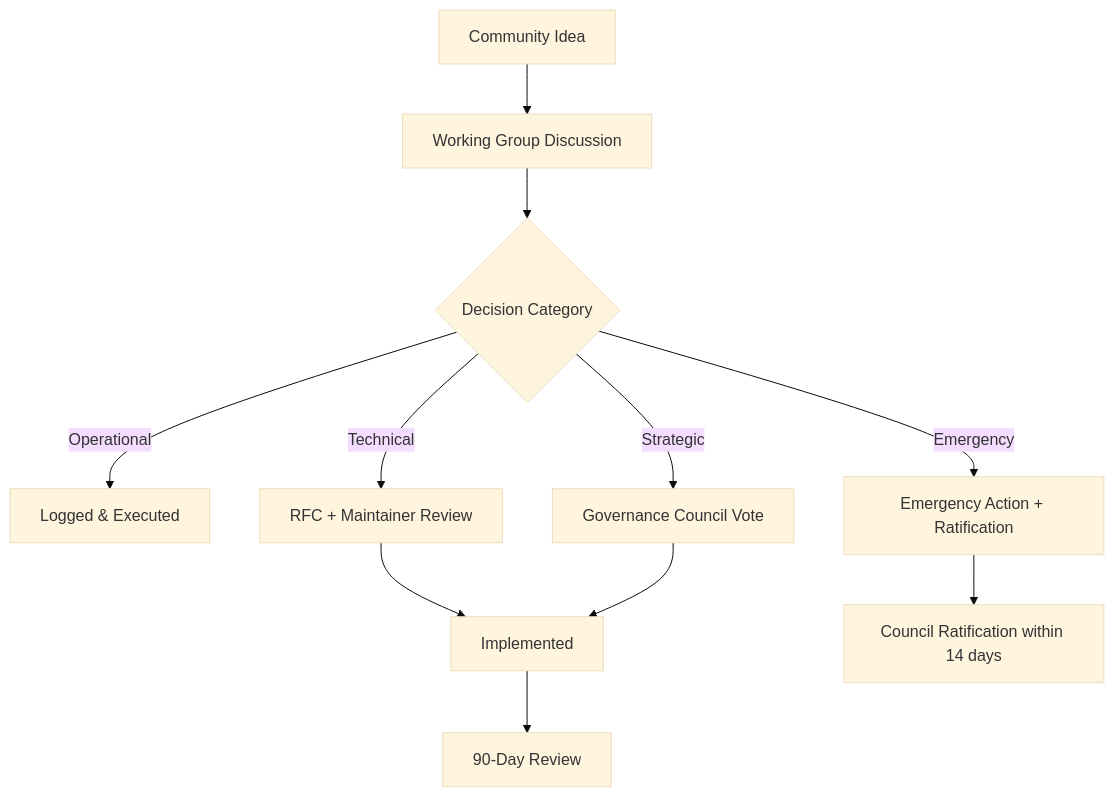
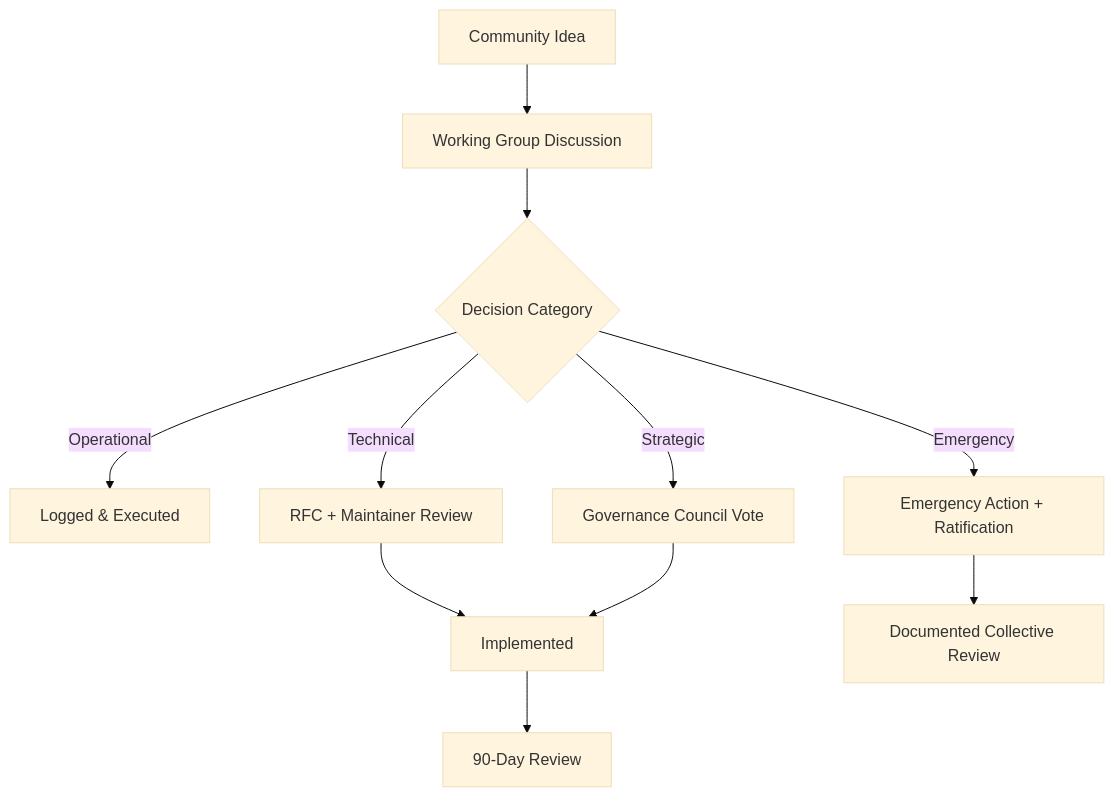
One commit to Celo-HaiTi/CeloHT changed the fifth of 6 diagrams in GOVERNANCE.md. Above: the diagram before and after it, drawn with Mermaid (base theme). The commit also changed other lines of this file and 13 other files, not shown here.

````diff
--- a/GOVERNANCE.md
+++ b/GOVERNANCE.md
@@ -645,13 +647,13 @@
 ```mermaid
 graph TD
     Idea[Community Idea] --> WG[Working Group Discussion]
     WG --> Decision{Decision Category}
     Decision -->|Operational| Log[Logged & Executed]
     Decision -->|Technical| RFC[RFC + Maintainer Review]
     Decision -->|Strategic| Council[Governance Council Vote]
     Decision -->|Emergency| Emerg[Emergency Action + Ratification]
     RFC --> Merge[Implemented]
     Council --> Merge
-    Emerg --> Ratify[Council Ratification within 14 days]
+    Emerg --> Ratify[Documented Collective Review]
     Merge --> Review[90-Day Review]
 ```
````
